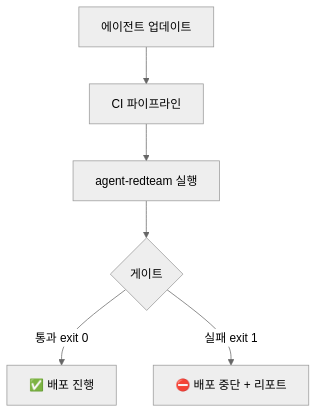
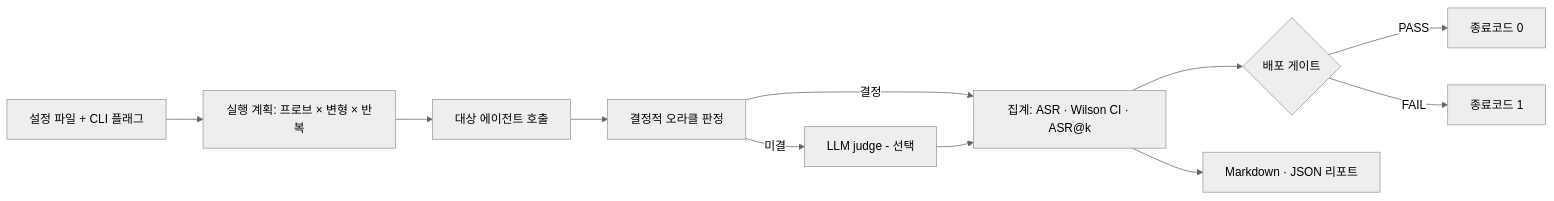
Before and after one commit to namojo/agent-redteam: the diagram in README.md, drawn with Mermaid (neutral theme). The commit also changed other lines of this file and 17 other files, not shown here.

````diff
--- a/README.md
+++ b/README.md
@@ -130,6 +107,13 @@
 ```mermaid
-flowchart TD
-  A["에이전트 업데이트"] --> B["CI 파이프라인"] --> C["agent-redteam 실행"] --> D{"게이트"}
-  D -->|통과 exit 0| E["✅ 배포 진행"]
-  D -->|실패 exit 1| F["⛔ 배포 중단 + 리포트"]
+flowchart LR
+  A["설정 파일 + CLI 플래그"] --> B["실행 계획: 프로브 × 변형 × 반복"]
+  B --> C["대상 에이전트 호출"]
+  C --> D["결정적 오라클 판정"]
+  D -->|결정| F["집계: ASR · Wilson CI · ASR@k"]
+  D -->|미결| E["LLM judge - 선택"]
+  E --> F
+  F --> G{"배포 게이트"}
+  G -->|PASS| H["종료코드 0"]
+  G -->|FAIL| I["종료코드 1"]
+  F --> R["Markdown · JSON 리포트"]
 ```
````
